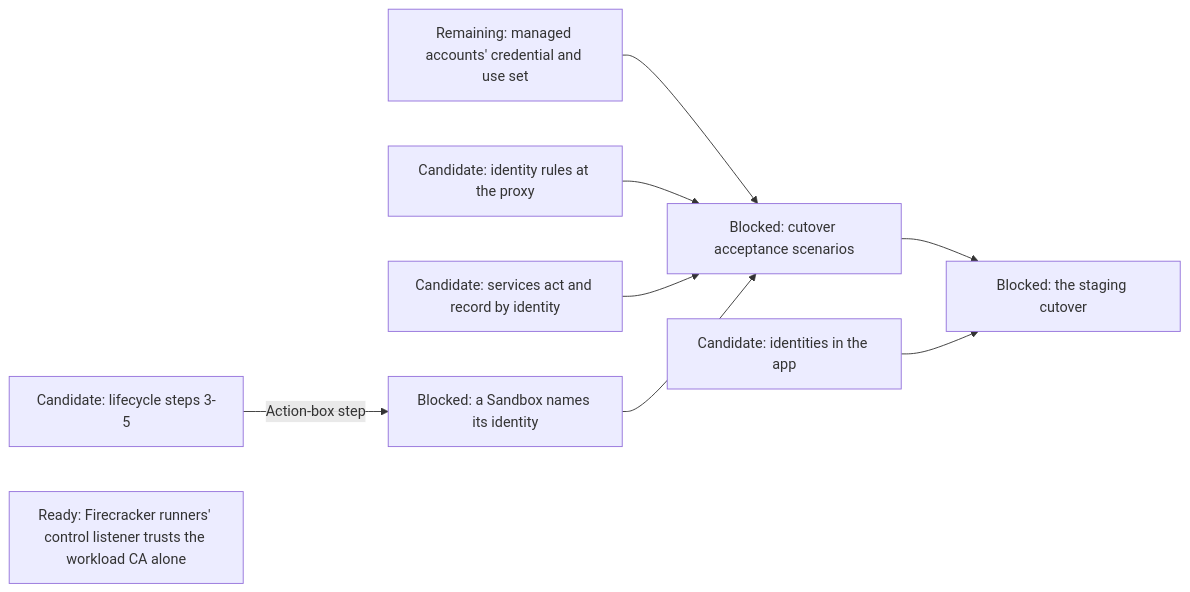
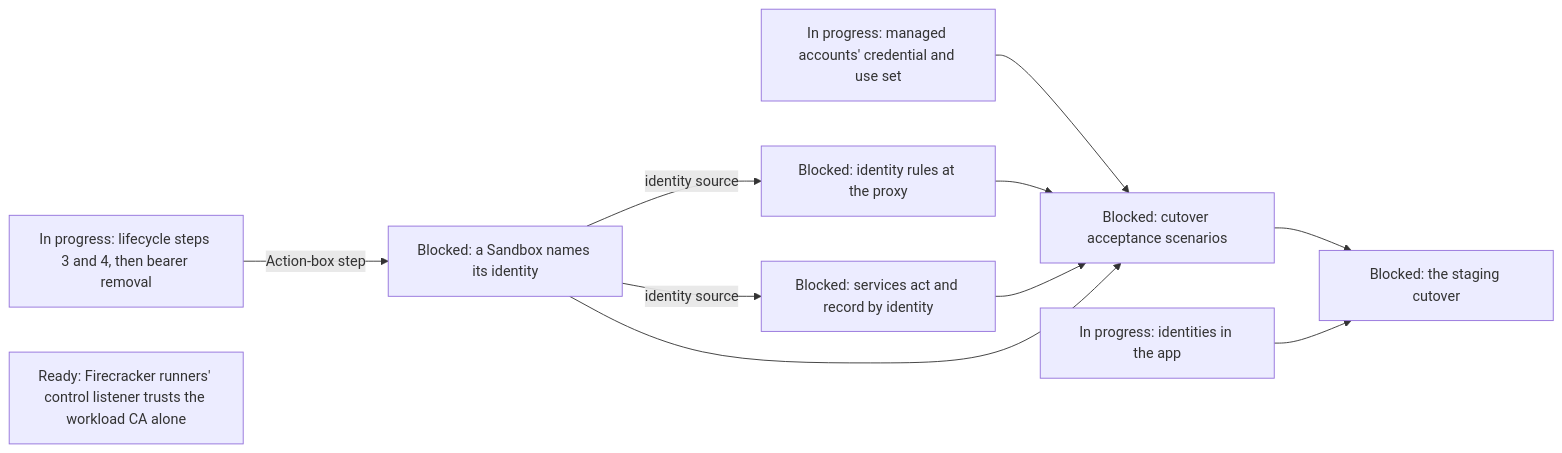
Before and after one commit to agentydragon/ducktape: diagram 17 of 19 in agentplane/plans/task_dag.md, drawn with Mermaid. The commit also changed other lines of this file and 1 other file, not shown here.

````diff
--- a/agentplane/plans/task_dag.md
+++ b/agentplane/plans/task_dag.md
@@ -3016,16 +3015,16 @@
 ```mermaid
 flowchart LR
-    POLICY_GRANTS[Remaining: managed accounts' credential and use set]
-    EGRESS_IDENTITY_RULES[Candidate: identity rules at the proxy]
-    SERVICES_IDENTITY_PRINCIPAL[Candidate: services act and record by identity]
-    APP_IDENTITIES_UI[Candidate: identities in the app]
-    WORKLOAD_AUTH_CUTOVER[Candidate: lifecycle steps 3-5]
+    MANAGED_ACCOUNT_CREDENTIALS[In progress: managed accounts' credential and use set]
+    WORKLOAD_AUTH_CUTOVER[In progress: lifecycle steps 3 and 4, then bearer removal]
+    APP_IDENTITIES_UI[In progress: identities in the app]
+    WORKLOAD_CA_CLIENT_TRUST[Ready: Firecracker runners' control listener trusts the workload CA alone]
     WORKLOAD_AUTH_CUTOVER -->|Action-box step| SANDBOX_IDENTITY_SPEC[Blocked: a Sandbox names its identity]
-    WORKLOAD_CA_CLIENT_TRUST[Ready: Firecracker runners' control listener trusts the workload CA alone]
-    POLICY_GRANTS --> IDENTITY_SYSTEM_TESTS[Blocked: cutover acceptance scenarios]
+    SANDBOX_IDENTITY_SPEC -->|identity source| EGRESS_IDENTITY_RULES[Blocked: identity rules at the proxy]
+    SANDBOX_IDENTITY_SPEC -->|identity source| SERVICES_IDENTITY_PRINCIPAL[Blocked: services act and record by identity]
+    MANAGED_ACCOUNT_CREDENTIALS --> IDENTITY_SYSTEM_TESTS[Blocked: cutover acceptance scenarios]
     EGRESS_IDENTITY_RULES --> IDENTITY_SYSTEM_TESTS
     SERVICES_IDENTITY_PRINCIPAL --> IDENTITY_SYSTEM_TESTS
     SANDBOX_IDENTITY_SPEC --> IDENTITY_SYSTEM_TESTS
     IDENTITY_SYSTEM_TESTS --> IDENTITY_CUTOVER[Blocked: the staging cutover]
     APP_IDENTITIES_UI --> IDENTITY_CUTOVER
 ```
````
